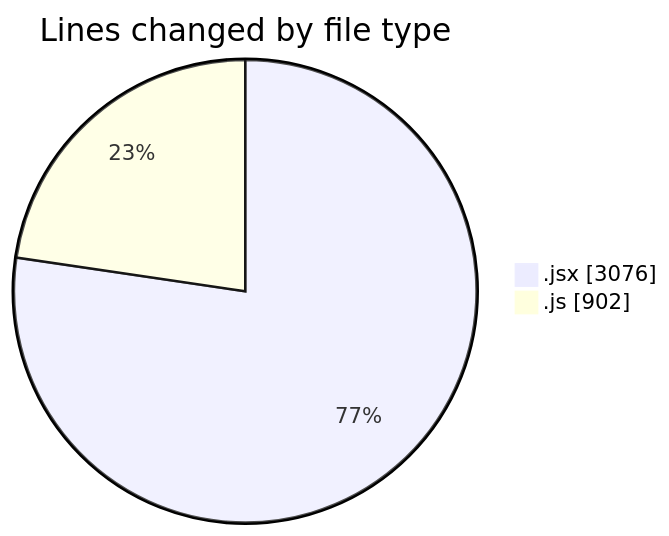
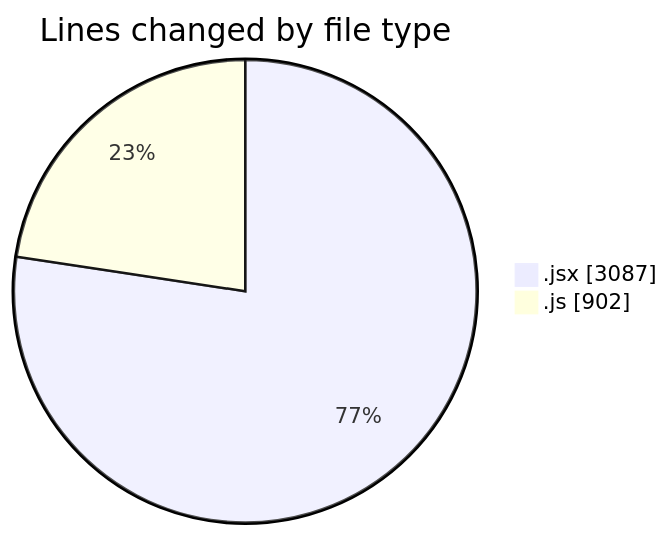
One commit to nxtqubesakshisongat/code-tracking changed the first of 2 diagrams in 2025-09-22/nxtqube_webapp/README.md. Above: the diagram before and after it, drawn with Mermaid. The commit also changed other lines of this file and 1 other file, not shown here.

````diff
--- a/2025-09-22/nxtqube_webapp/README.md
+++ b/2025-09-22/nxtqube_webapp/README.md
@@ -22,6 +22,6 @@
 ```mermaid
 pie showData
 title Lines changed by file type
-".jsx" : 3076
+".jsx" : 3087
 ".js" : 902
 ```
````
